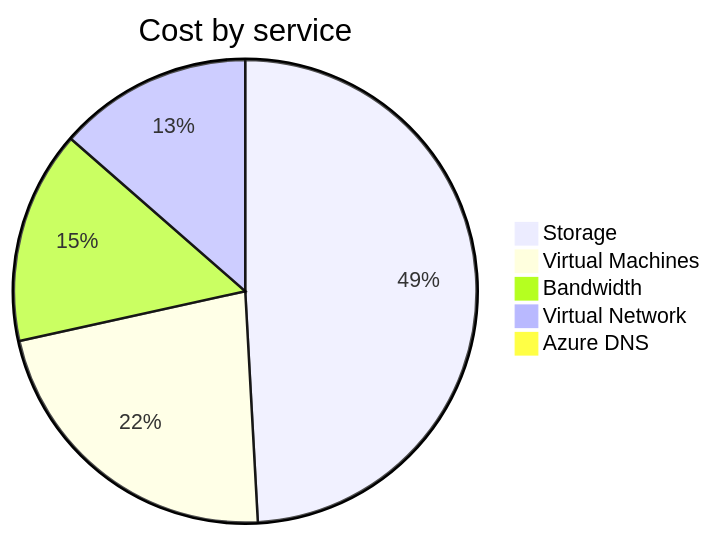
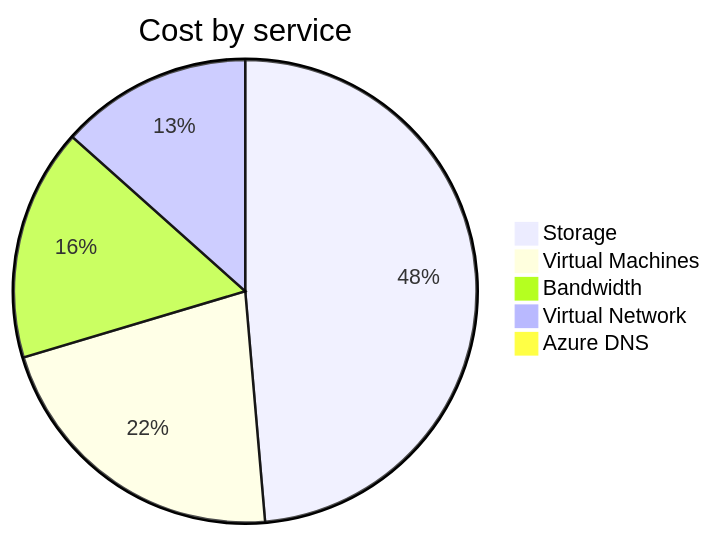
Before and after one commit to jpfulton/azure-personal-reports: the second of 4 diagrams in cost-reports/personal-network/README.md, drawn with Mermaid. The commit also changed other lines of this file and 8 other files, not shown here.

````diff
--- a/cost-reports/personal-network/README.md
+++ b/cost-reports/personal-network/README.md
@@ -97,9 +97,9 @@
 ```mermaid
 pie
    title Cost by service
-   "Storage" : 5.94
-   "Virtual Machines" : 2.71
-   "Bandwidth" : 1.80
-   "Virtual Network" : 1.64
-   "Azure DNS" : 0.11
+   "Storage" : 6.93
+   "Virtual Machines" : 3.10
+   "Bandwidth" : 2.31
+   "Virtual Network" : 1.91
+   "Azure DNS" : 0.13
 ```
````
